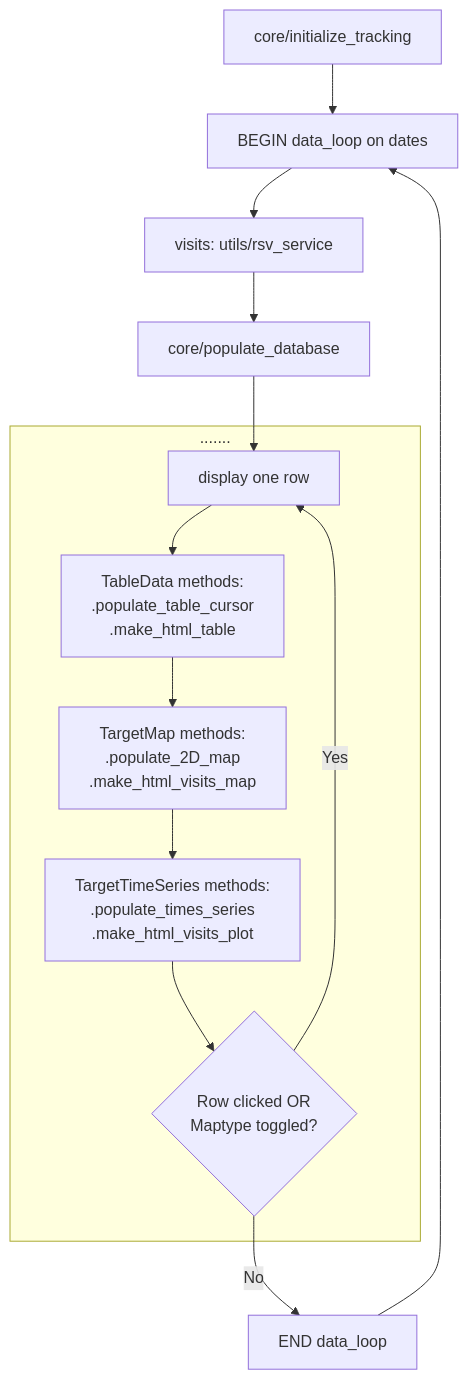
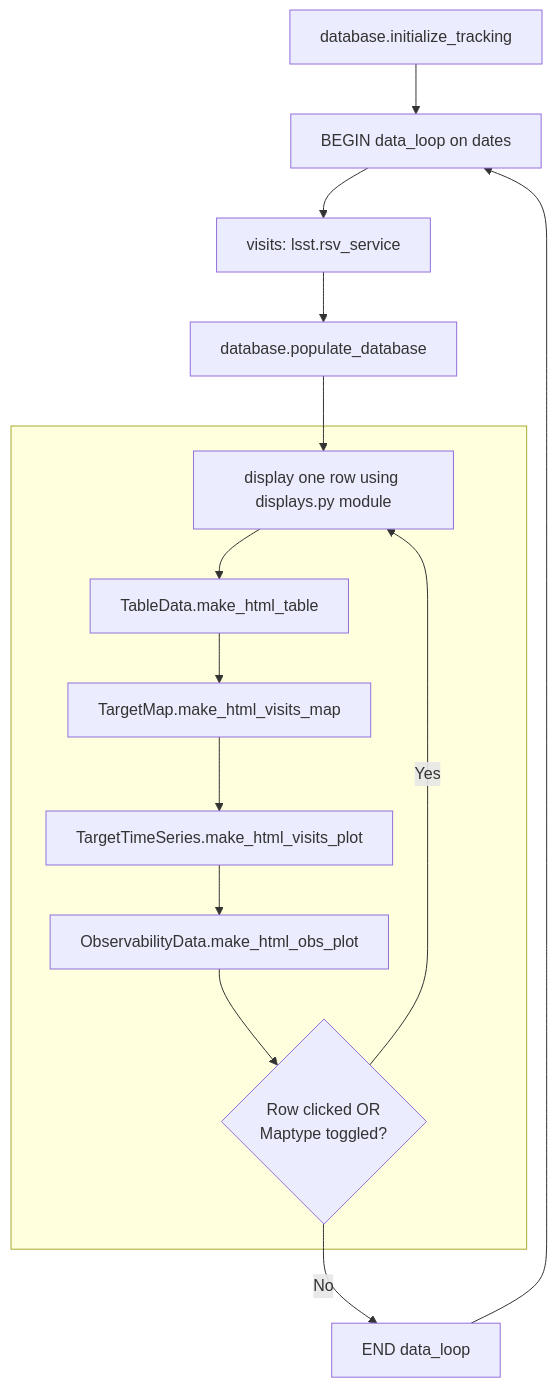
Before and after one commit to aordog/rubin-dash: the diagram in README.md, drawn with Mermaid. The commit also changed other lines of this file, not shown here.

````diff
--- a/README.md
+++ b/README.md
@@ -38,19 +55,20 @@
 ```mermaid
 graph TD
-    A[core/initialize_tracking] --> B[BEGIN data_loop on dates]
-    B --> C[visits: utils/rsv_service]
-    C --> D[core/populate_database]
+    A[database.initialize_tracking] --> B[BEGIN data_loop on dates]
+    B --> C[visits: lsst.rsv_service]
+    C --> D[database.populate_database]
 
-    subgraph .......
-        E[display one row]
-        E --> F[TableData methods:<br/>.populate_table_cursor<br/>.make_html_table]
-        F --> G[TargetMap methods:<br/>.populate_2D_map<br/>.make_html_visits_map]
-        G --> H[TargetTimeSeries methods:<br/>.populate_times_series<br/>.make_html_visits_plot]
-        H --> K{Row clicked OR<br/>Maptype toggled?}
+    subgraph     
+        E[display one row using displays.py module]
+        E --> F[TableData.make_html_table]
+        F --> G[TargetMap.make_html_visits_map]
+        G --> H[TargetTimeSeries.make_html_visits_plot]
+        H --> I[ObservabilityData.make_html_obs_plot]
+        I --> K{Row clicked OR<br/>Maptype toggled?}
         K -->|Yes| E
     end
 
     D --> E
-    K -->|No| I[END data_loop]
-    I --> B
+    K -->|No| J[END data_loop]
+    J --> B
 ```
````
